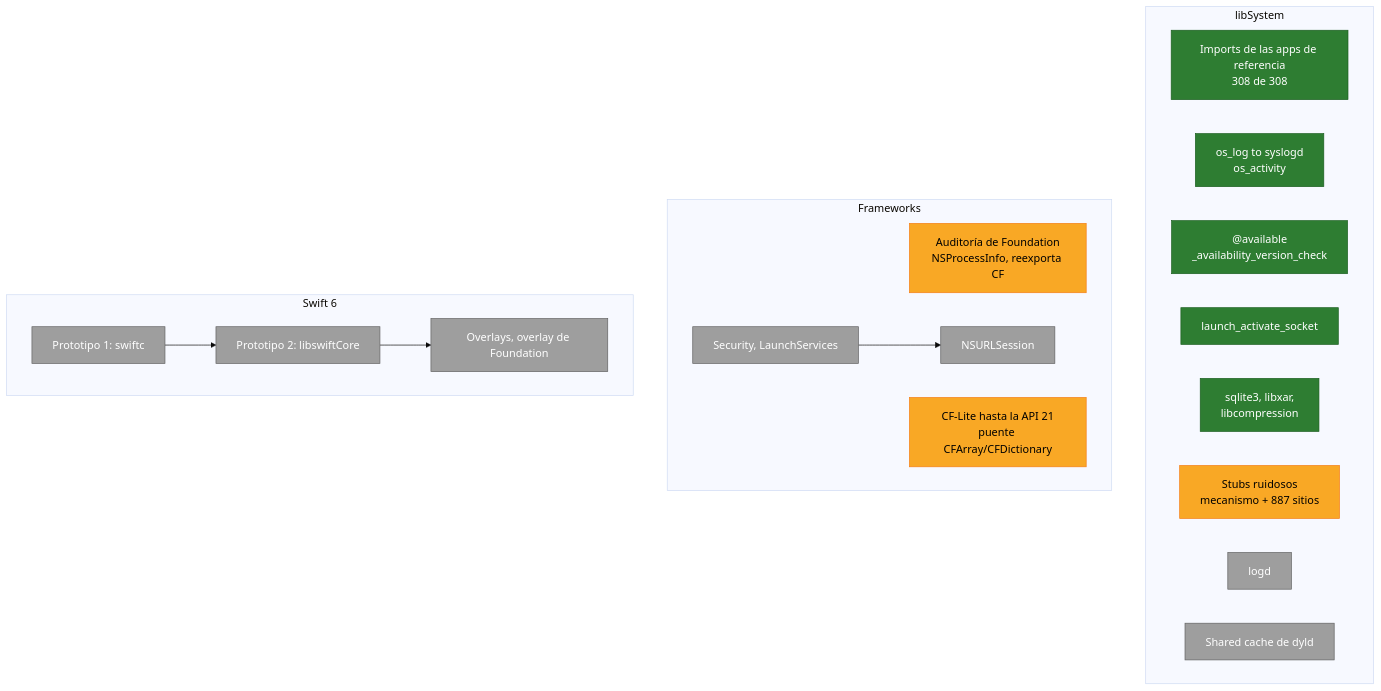
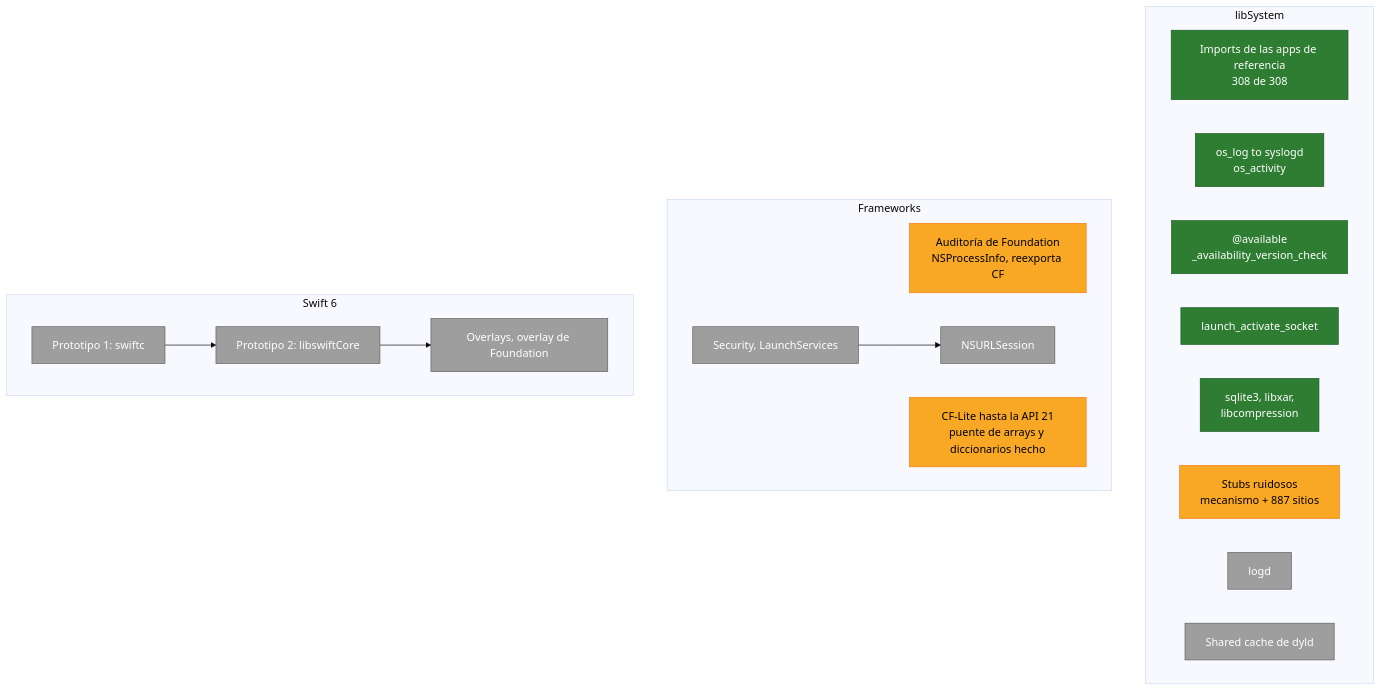
The second of 4 diagrams in Docs/Progress.es.md (minkaros/minkar), drawn with Mermaid (base theme) before and after one commit. The commit also changed 3 other files, not shown here.

Commit message:
Docs: CFArray and CFDictionary bridged to NSArray and NSDictionary

````diff
--- a/Docs/Progress.es.md
+++ b/Docs/Progress.es.md
@@ -37,30 +37,30 @@
 ```mermaid
 flowchart TB
     subgraph LS["libSystem"]
         L1["Imports de las apps de referencia<br/>308 de 308"]:::done
         L2["os_log to syslogd<br/>os_activity"]:::done
         L3["@available<br/>_availability_version_check"]:::done
         L4["launch_activate_socket"]:::done
         L8["sqlite3, libxar,<br/>libcompression"]:::done
         L5["Stubs ruidosos<br/>mecanismo + 887 sitios"]:::partial
         L6["logd"]:::todo
         L7["Shared cache de dyld"]:::todo
     end
     subgraph FW["Frameworks"]
         F1["Auditoría de Foundation<br/>NSProcessInfo, reexporta CF"]:::partial
         F2["NSURLSession"]:::todo
-        F3["CF-Lite hasta la API 21<br/>puente CFArray/CFDictionary"]:::partial
+        F3["CF-Lite hasta la API 21<br/>puente de arrays y diccionarios hecho"]:::partial
         F4["Security, LaunchServices"]:::todo
     end
     subgraph SW["Swift 6"]
         S1["Prototipo 1: swiftc"]:::todo
         S2["Prototipo 2: libswiftCore"]:::todo
         S3["Overlays, overlay de Foundation"]:::todo
     end
     S1 --> S2 --> S3
     F4 --> F2
 
     classDef done fill:#2e7d32,stroke:#1b5e20,color:#fff
     classDef partial fill:#f9a825,stroke:#f57f17,color:#000
     classDef todo fill:#9e9e9e,stroke:#616161,color:#fff
 ```
````
